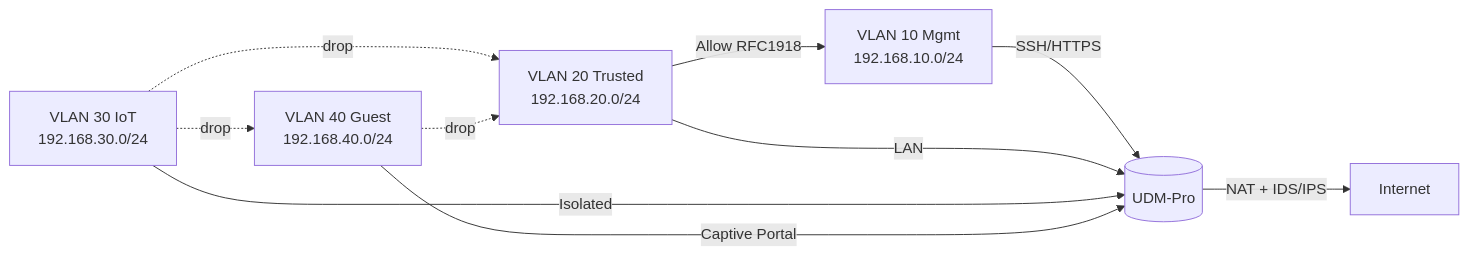
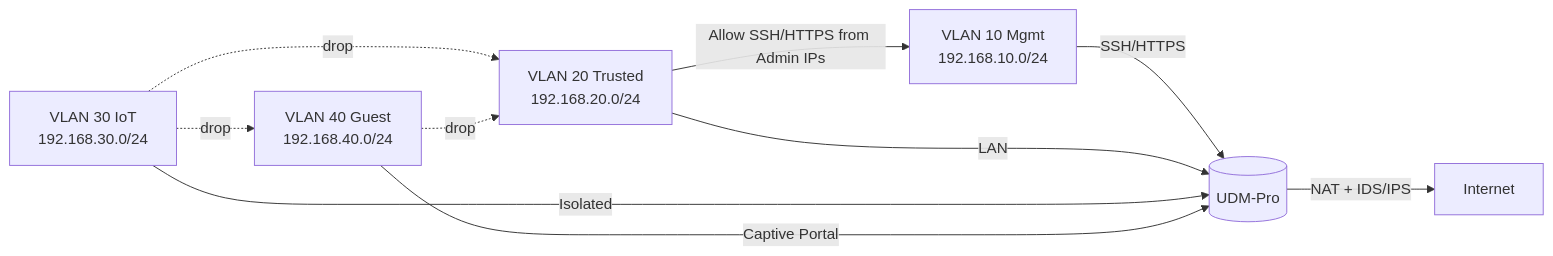
One commit to samueljackson-collab/Portfolio-Project changed the diagram in projects/PRJ-HOME-001/assets/diagrams/logical-topology.md. Above: the diagram before and after it, drawn with Mermaid.

````diff
--- a/projects/PRJ-HOME-001/assets/diagrams/logical-topology.md
+++ b/projects/PRJ-HOME-001/assets/diagrams/logical-topology.md
@@ -3,19 +3,19 @@
 ```mermaid
 graph LR
   MGMT[VLAN 10 Mgmt\n192.168.10.0/24]
   TRUST[VLAN 20 Trusted\n192.168.20.0/24]
   IOT[VLAN 30 IoT\n192.168.30.0/24]
   GUEST[VLAN 40 Guest\n192.168.40.0/24]
   WAN[Internet]
 
   MGMT -->|SSH/HTTPS| Gateway[(UDM-Pro)]
   TRUST -->|LAN| Gateway
   IOT -->|Isolated| Gateway
   GUEST -->|Captive Portal| Gateway
   Gateway -->|NAT + IDS/IPS| WAN
 
   IOT -. drop .-> TRUST
   IOT -. drop .-> GUEST
   GUEST -. drop .-> TRUST
-  TRUST -->|Allow RFC1918| MGMT
+  TRUST -->|Allow SSH/HTTPS from Admin IPs| MGMT
 ```
````
